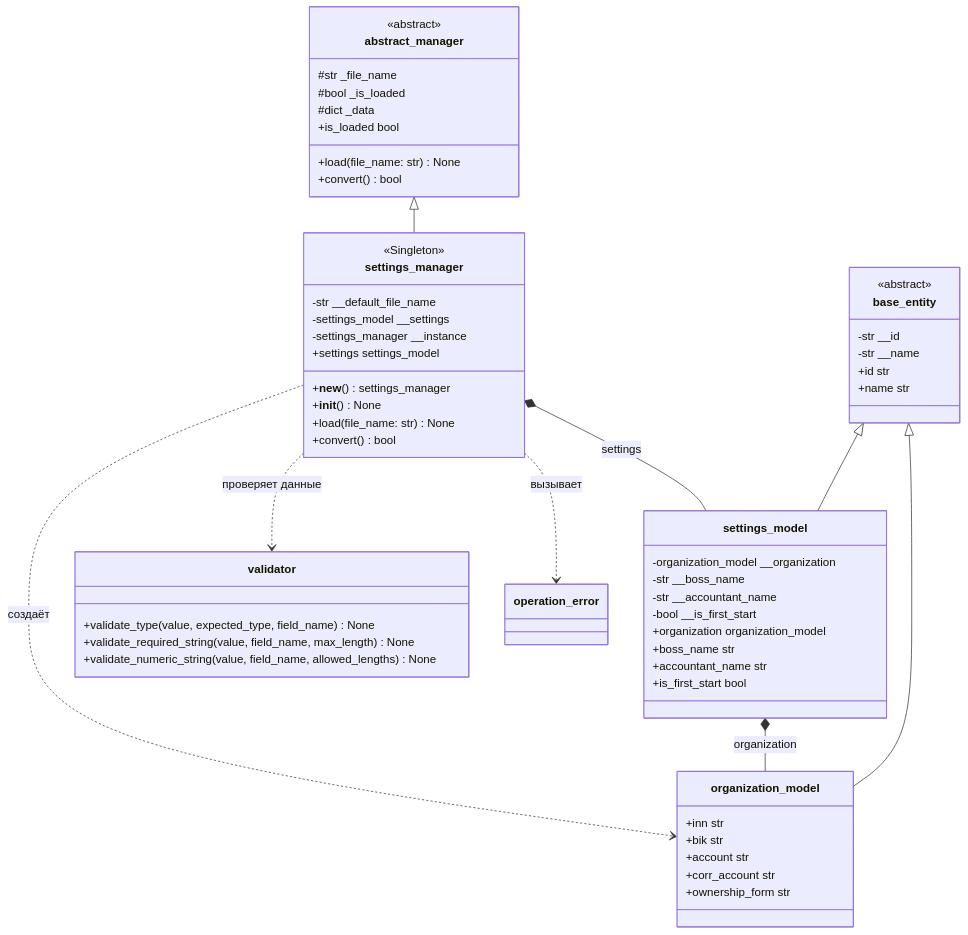
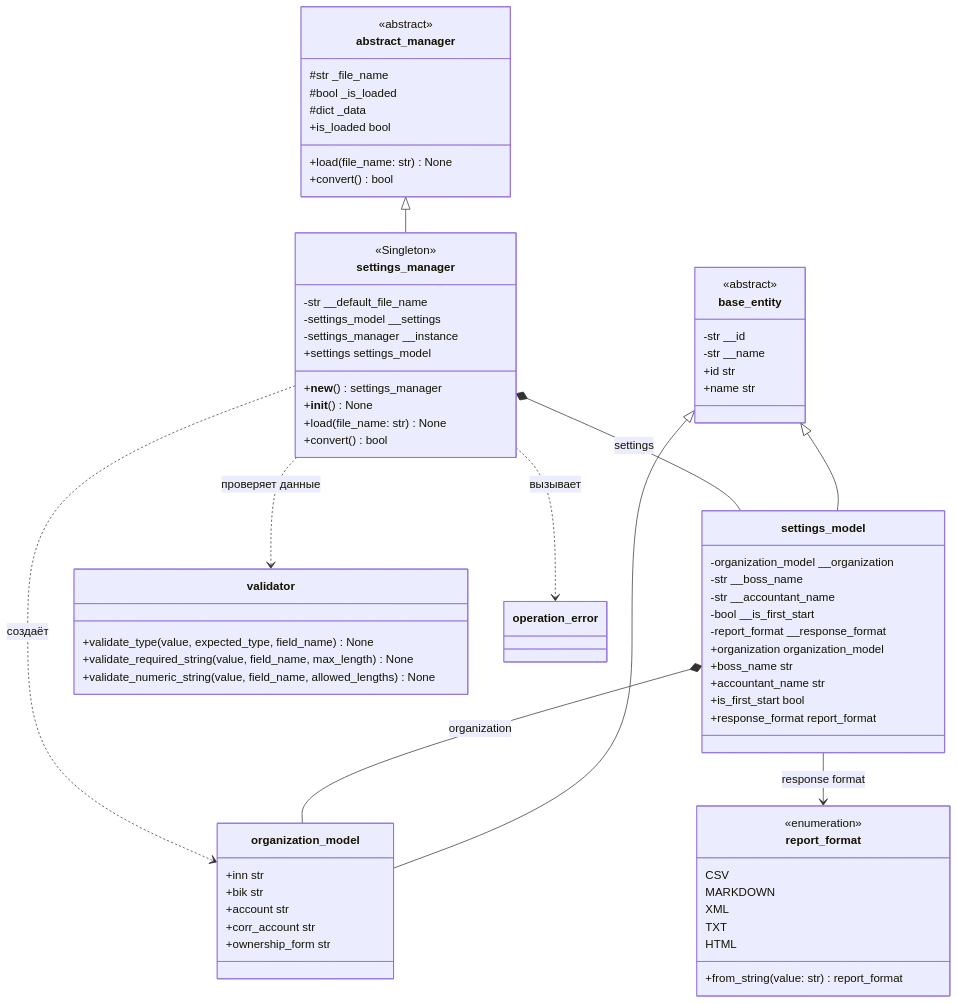
One commit to NikShep21/patterns2026 changed the first of 2 diagrams in Docs/UML/SettingsManager.md. Above: the diagram before and after it, drawn with Mermaid. The commit also changed 3 other files, not shown here.

Commit message:
update report uml documentation

```diff
--- a/Docs/UML/SettingsManager.md
+++ b/Docs/UML/SettingsManager.md
@@ -41,10 +41,12 @@
         -str __boss_name
         -str __accountant_name
         -bool __is_first_start
+        -report_format __response_format
         +organization organization_model
         +boss_name str
         +accountant_name str
         +is_first_start bool
+        +response_format report_format
     }
 
     class organization_model {
@@ -63,11 +65,22 @@
 
     class operation_error
 
+    class report_format {
+        <<enumeration>>
+        CSV
+        MARKDOWN
+        XML
+        TXT
+        HTML
+        +from_string(value: str) report_format
+    }
+
     abstract_manager <|-- settings_manager
     base_entity <|-- settings_model
     base_entity <|-- organization_model
     settings_manager *-- settings_model : settings
     settings_model *-- organization_model : organization
+    settings_model --> report_format : response format
     settings_manager ..> organization_model : создаёт
     settings_manager ..> validator : проверяет данные
     settings_manager ..> operation_error : вызывает
```
